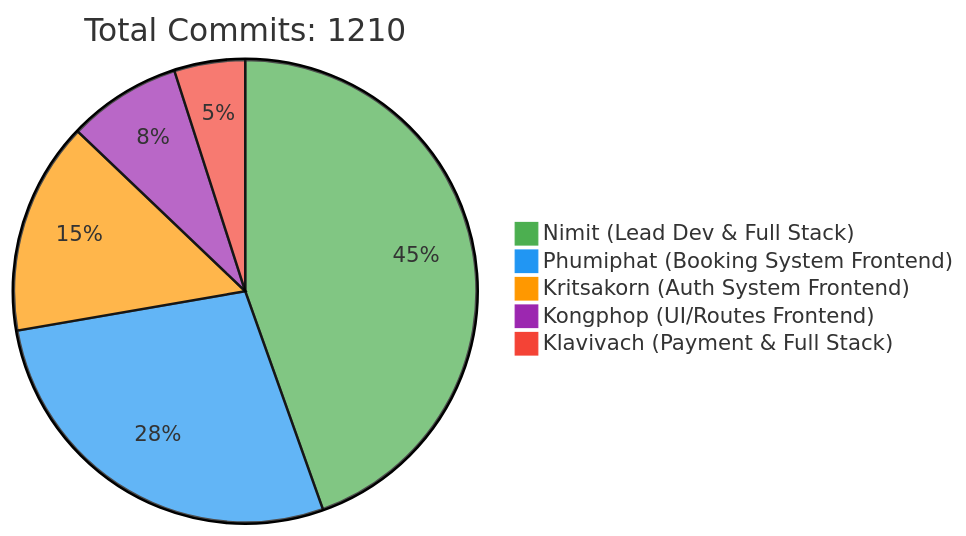
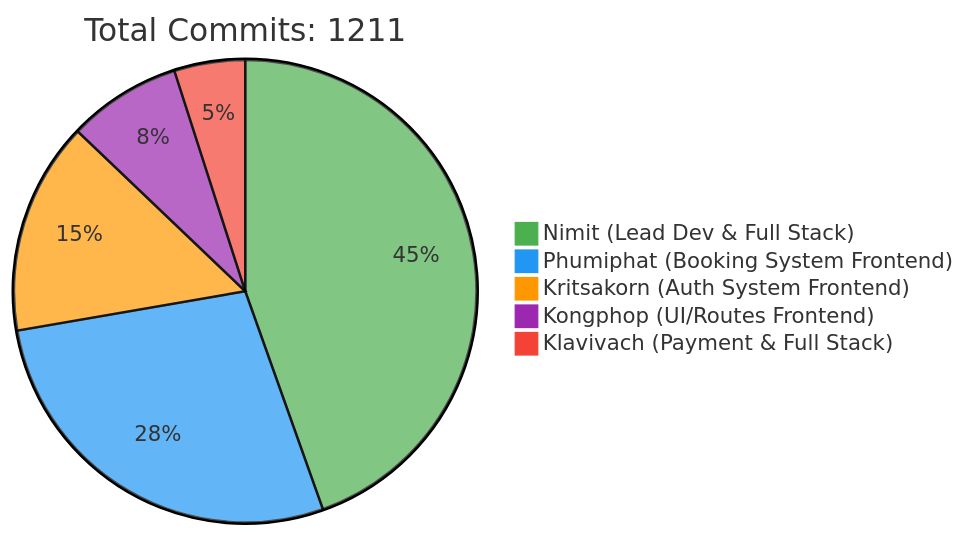
One commit to 6531503042/Sport-Complex changed the first of 2 diagrams in README.md. Above: the diagram before and after it, drawn with Mermaid. The commit also changed other lines of this file, not shown here.

Commit message:
docs: Update contributor statistics [skip ci]

````diff
--- a/README.md
+++ b/README.md
@@ -257,10 +257,10 @@
 ```mermaid
 %%{init: {'theme': 'base', 'themeVariables': { 'pie1': '#4CAF50', 'pie2': '#2196F3', 'pie3': '#FF9800', 'pie4': '#9C27B0', 'pie5': '#F44336'}}}%%
 pie
-    title Total Commits: 1210
+    title Total Commits: 1211
     "Nimit (Lead Dev & Full Stack)" : 450
     "Phumiphat (Booking System Frontend)" : 280
     "Kritsakorn (Auth System Frontend)" : 150
     "Kongphop (UI/Routes Frontend)" : 80
     "Klavivach (Payment & Full Stack)" : 50
 ```
````
